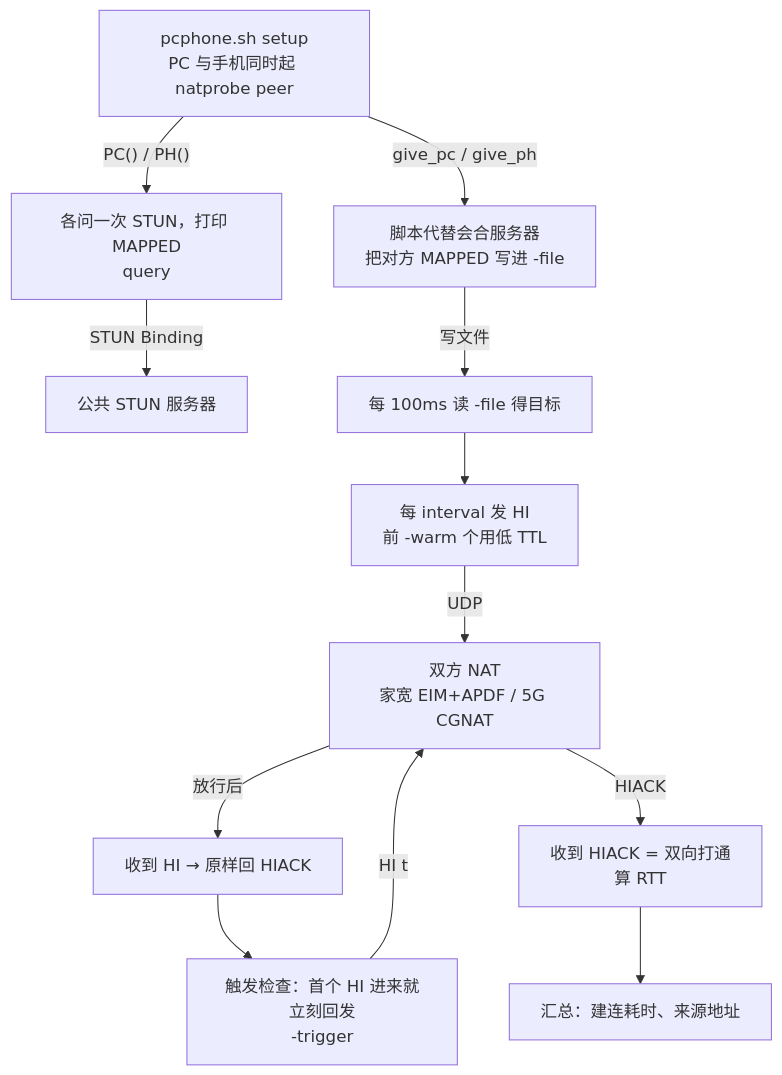
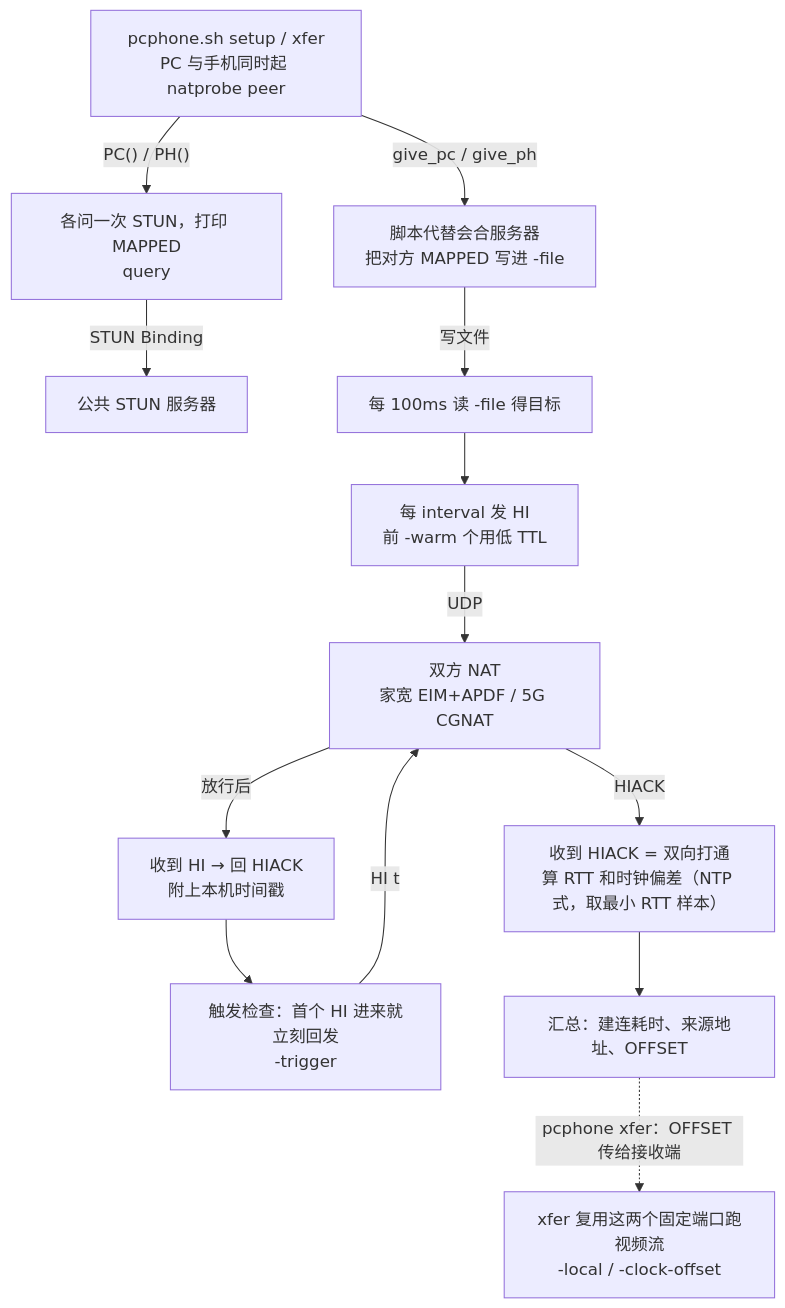
The diagram in docs/arch/23-flow-manual-punch.mmd (numb747/uu-remote-study), drawn with Mermaid before and after one commit. The commit also changed 13 other files, not shown here.

```diff
--- a/docs/arch/23-flow-manual-punch.mmd
+++ b/docs/arch/23-flow-manual-punch.mmd
@@ -1,34 +1,37 @@
 flowchart TD
-  setup["pcphone.sh setup<br/>PC 与手机同时起 natprobe peer"]
+  setup["pcphone.sh setup / xfer<br/>PC 与手机同时起 natprobe peer"]
   stun_q["各问一次 STUN，打印 MAPPED<br/>query"]
   stun_pub[公共 STUN 服务器]
   relay["脚本代替会合服务器<br/>把对方 MAPPED 写进 -file"]
   read_file["每 100ms 读 -file 得目标"]
   send_hi["每 interval 发 HI<br/>前 -warm 个用低 TTL"]
   nats["双方 NAT<br/>家宽 EIM+APDF / 5G CGNAT"]
-  recv_hi["收到 HI → 原样回 HIACK"]
+  recv_hi["收到 HI → 回 HIACK<br/>附上本机时间戳"]
   trigger["触发检查：首个 HI 进来就立刻回发<br/>-trigger"]
-  hiack["收到 HIACK = 双向打通<br/>算 RTT"]
-  summary["汇总：建连耗时、来源地址"]
+  hiack["收到 HIACK = 双向打通<br/>算 RTT 和时钟偏差（NTP 式，取最小 RTT 样本）"]
+  summary["汇总：建连耗时、来源地址、OFFSET"]
+  xfer_reuse["xfer 复用这两个固定端口跑视频流<br/>-local / -clock-offset"]
 
   setup -->|"PC() / PH()"| stun_q
   stun_q -->|"STUN Binding"| stun_pub
   setup -->|"give_pc / give_ph"| relay
   relay -->|"写文件"| read_file
   read_file --> send_hi
   send_hi -->|UDP| nats
   nats -->|"放行后"| recv_hi
   recv_hi --> trigger
   trigger -->|"HI t"| nats
   nats -->|"HIACK"| hiack
   hiack --> summary
+  summary -.->|"pcphone xfer：OFFSET 传给接收端"| xfer_reuse
 
 %% @src setup lab/real/pcphone.sh setup)
 %% @src stun_q lab/natprobe/peer.go fmt.Printf("%s MAPPED %s\n"
 %% @src relay lab/real/pcphone.sh give_pc() {
 %% @src read_file lab/natprobe/peer.go if b, err := os.ReadFile(*file)
 %% @src send_hi lab/natprobe/peer.go c.WriteToUDP(fmt.Appendf(nil, "HI %d %d", seq
-%% @src recv_hi lab/natprobe/peer.go c.WriteToUDP([]byte("HIACK "+f[1]+" "+f[2]), from)
+%% @src recv_hi lab/natprobe/peer.go c.WriteToUDP(fmt.Appendf(nil, "HIACK %s %s %d"
 %% @src trigger lab/natprobe/peer.go if *trigger && len(rtts) == 0
-%% @src hiack lab/natprobe/peer.go 首个 HIACK 来自
+%% @src hiack lab/natprobe/peer.go bestRTT, offset = rtt, time.Duration(peer-ns)-rtt/2
 %% @src summary lab/natprobe/peer.go == 汇总：发 HI
+%% @src xfer_reuse lab/real/pcphone.sh xfer) # 先用固定端口打洞
```
